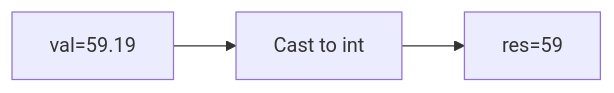
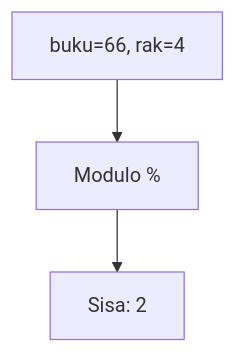
The tenth of 25 diagrams in part-c-pemahaman-cpp/01-tipe-data/latihan/set-01.md (amnahwaida/OSNK_INF_PREP), drawn with Mermaid before and after one commit. The commit also changed other lines of this file and 71 other files, not shown here.

````diff
--- a/part-c-pemahaman-cpp/01-tipe-data/latihan/set-01.md
+++ b/part-c-pemahaman-cpp/01-tipe-data/latihan/set-01.md
@@ -266,5 +279,5 @@
 ```mermaid
-graph LR
-A["val=59.19"] --> B["Cast to int"]
-B --> C["res=59"]
+graph TD
+A["buku=66, rak=4"] --> B["Modulo %"]
+B --> C["Sisa: 2"]
 ```
````
